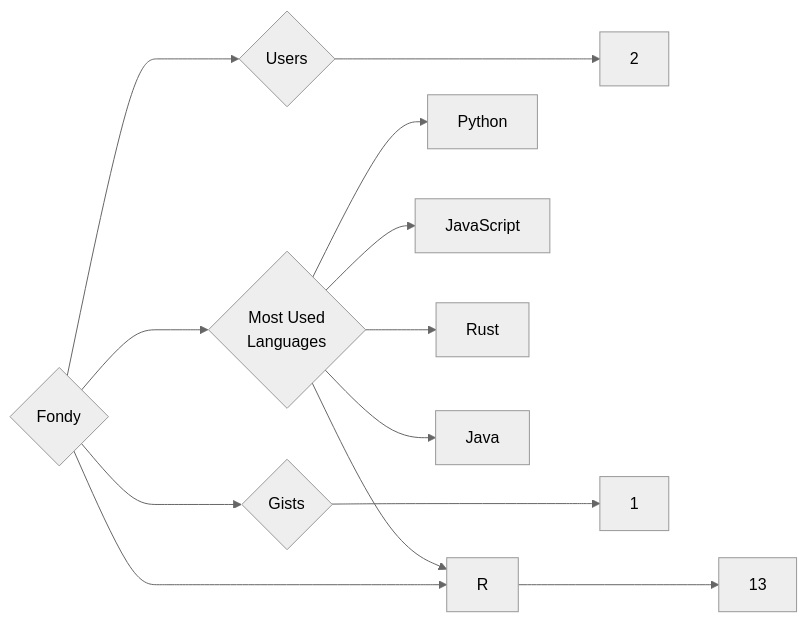
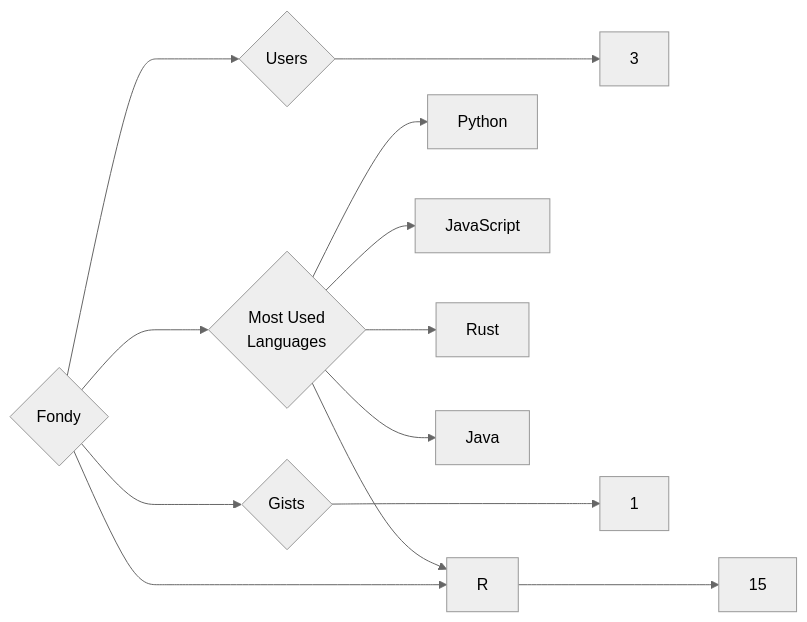
Before and after one commit to trickest/insiders: the diagram in targets/Fondy/README.md, drawn with Mermaid (neutral theme). The commit also changed 1078 other files, not shown here.

````diff
--- a/targets/Fondy/README.md
+++ b/targets/Fondy/README.md
@@ -3,13 +3,13 @@
 ```mermaid
 graph LR
 COMPANY_NAME{Fondy}
-COMPANY_NAME ---> U{Users} ---> UN[2]
-COMPANY_NAME ---> R{Repositories} ---> RN[13]
+COMPANY_NAME ---> U{Users} ---> UN[3]
+COMPANY_NAME ---> R{Repositories} ---> RN[15]
 COMPANY_NAME ---> G{Gists} ---> GN[1]
 COMPANY_NAME ---> ML{Most Used<br>Languages}
 ML --> Python[Python]
 ML --> JavaScript[JavaScript]
 ML --> Rust[Rust]
 ML --> R[R]
 ML --> Java[Java]
 ```
````
